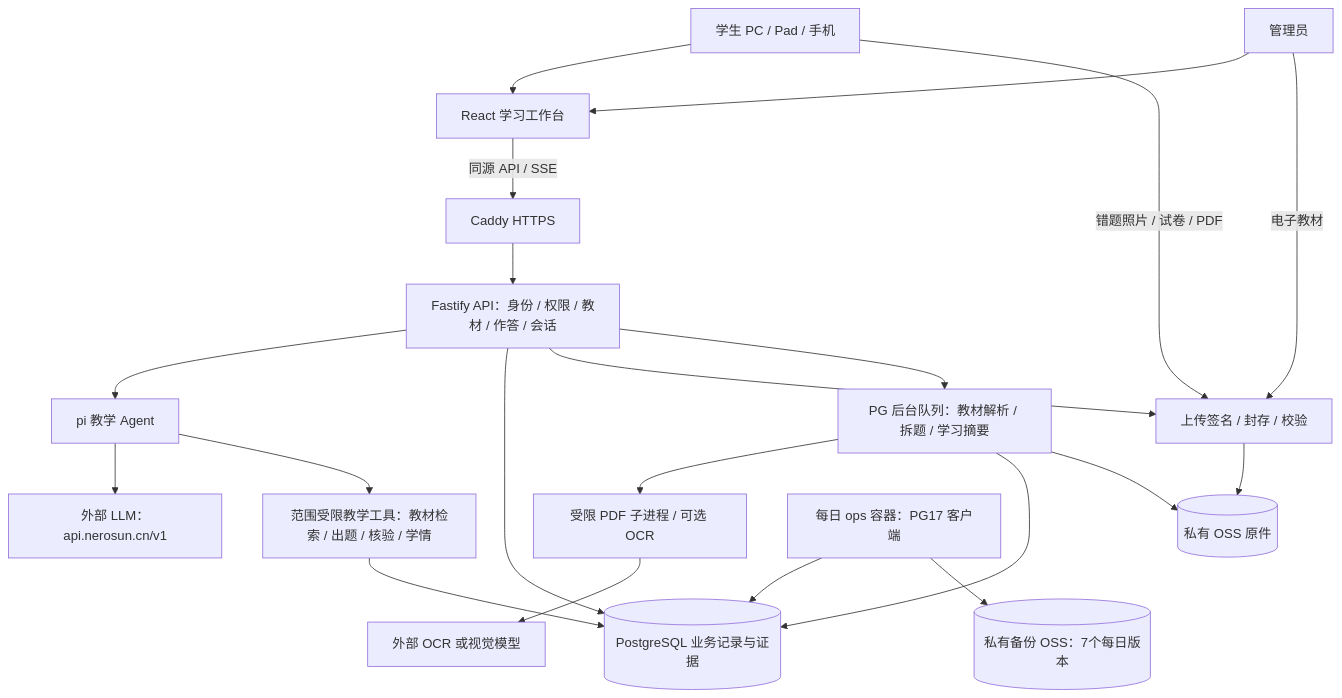
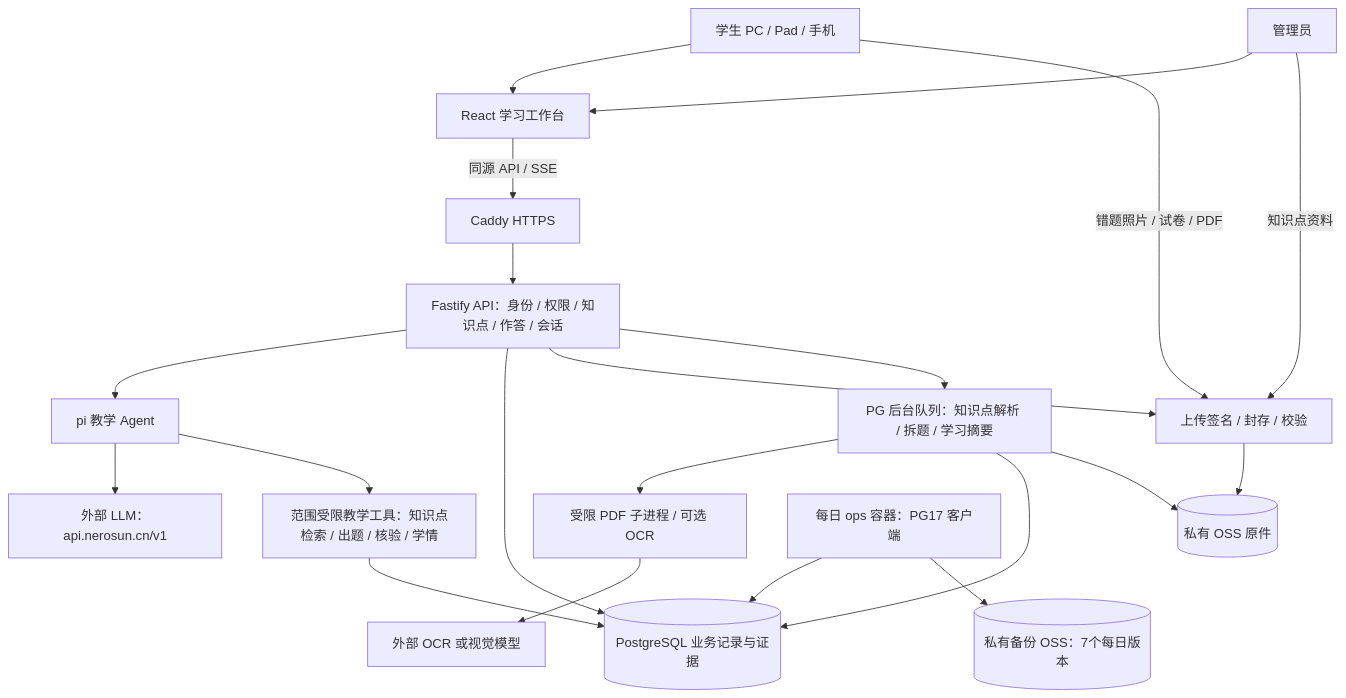
One commit to CoderSxy/xy-tutor changed the diagram in docs/architecture.md. Above: the diagram before and after it, drawn with Mermaid. The commit also changed other lines of this file and 14 other files, not shown here.

````diff
--- a/docs/architecture.md
+++ b/docs/architecture.md
@@ -15,23 +15,23 @@
 ```mermaid
 flowchart TD
   Student[学生 PC / Pad / 手机] --> Web[React 学习工作台]
   Admin[管理员] --> Web
   Web -->|同源 API / SSE| Caddy[Caddy HTTPS]
-  Caddy --> API[Fastify API：身份 / 权限 / 教材 / 作答 / 会话]
+  Caddy --> API[Fastify API：身份 / 权限 / 知识点 / 作答 / 会话]
   API --> Pi[pi 教学 Agent]
   Pi --> Gateway[外部 LLM：api.nerosun.cn/v1]
-  Pi --> Tools[范围受限教学工具：教材检索 / 出题 / 核验 / 学情]
+  Pi --> Tools[范围受限教学工具：知识点检索 / 出题 / 核验 / 学情]
   Tools --> PG[(PostgreSQL 业务记录与证据)]
   API --> PG
   API --> Upload[上传签名 / 封存 / 校验]
   Student -->|错题照片 / 试卷 / PDF| Upload
-  Admin -->|电子教材| Upload
+  Admin -->|知识点资料| Upload
   Upload --> OSS[(私有 OSS 原件)]
-  API --> Jobs[PG 后台队列：教材解析 / 拆题 / 学习摘要]
+  API --> Jobs[PG 后台队列：知识点解析 / 拆题 / 学习摘要]
   Jobs --> Parse[受限 PDF 子进程 / 可选 OCR]
   Parse --> OCR[外部 OCR 或视觉模型]
   Jobs --> PG
   Jobs --> OSS
   Backup[每日 ops 容器：PG17 客户端] --> PG
   Backup --> BackupOSS[(私有备份 OSS：7个每日版本)]
 ```
````
